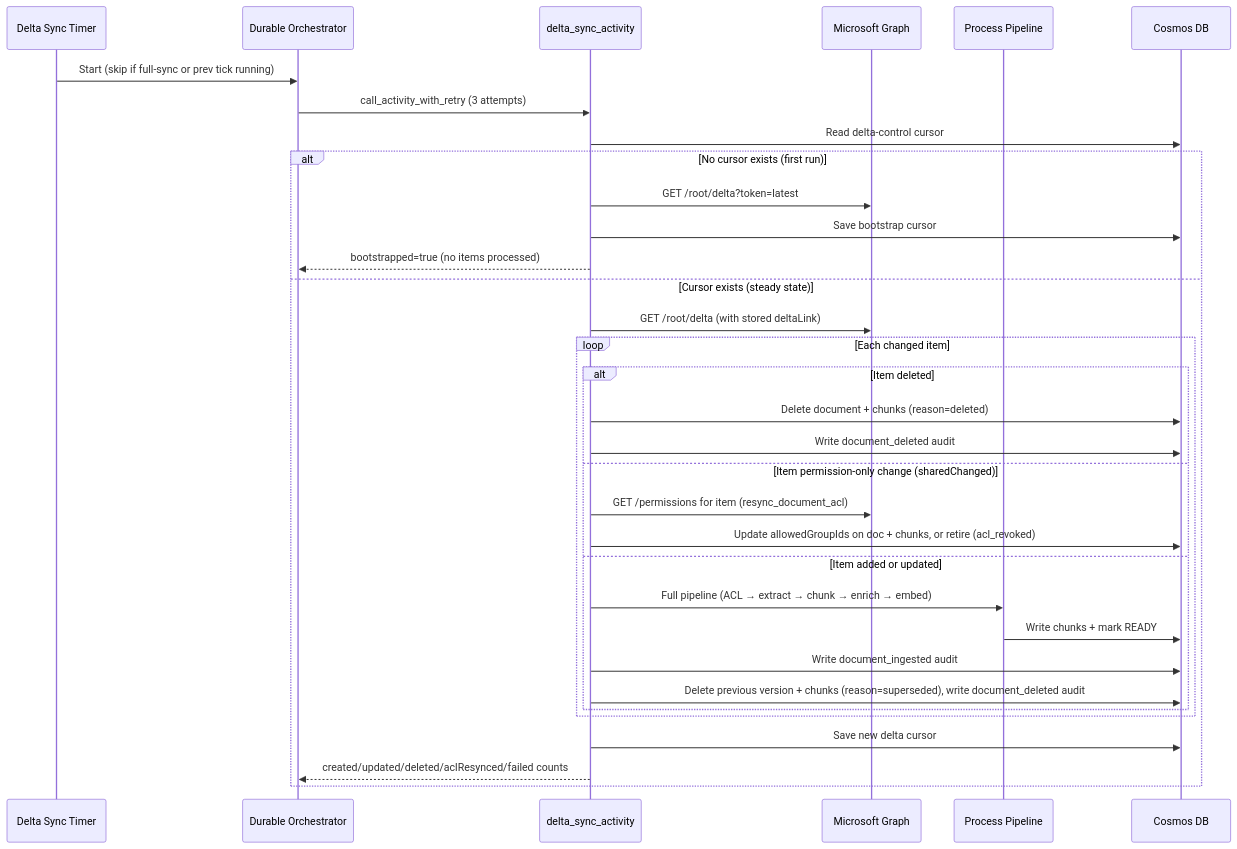
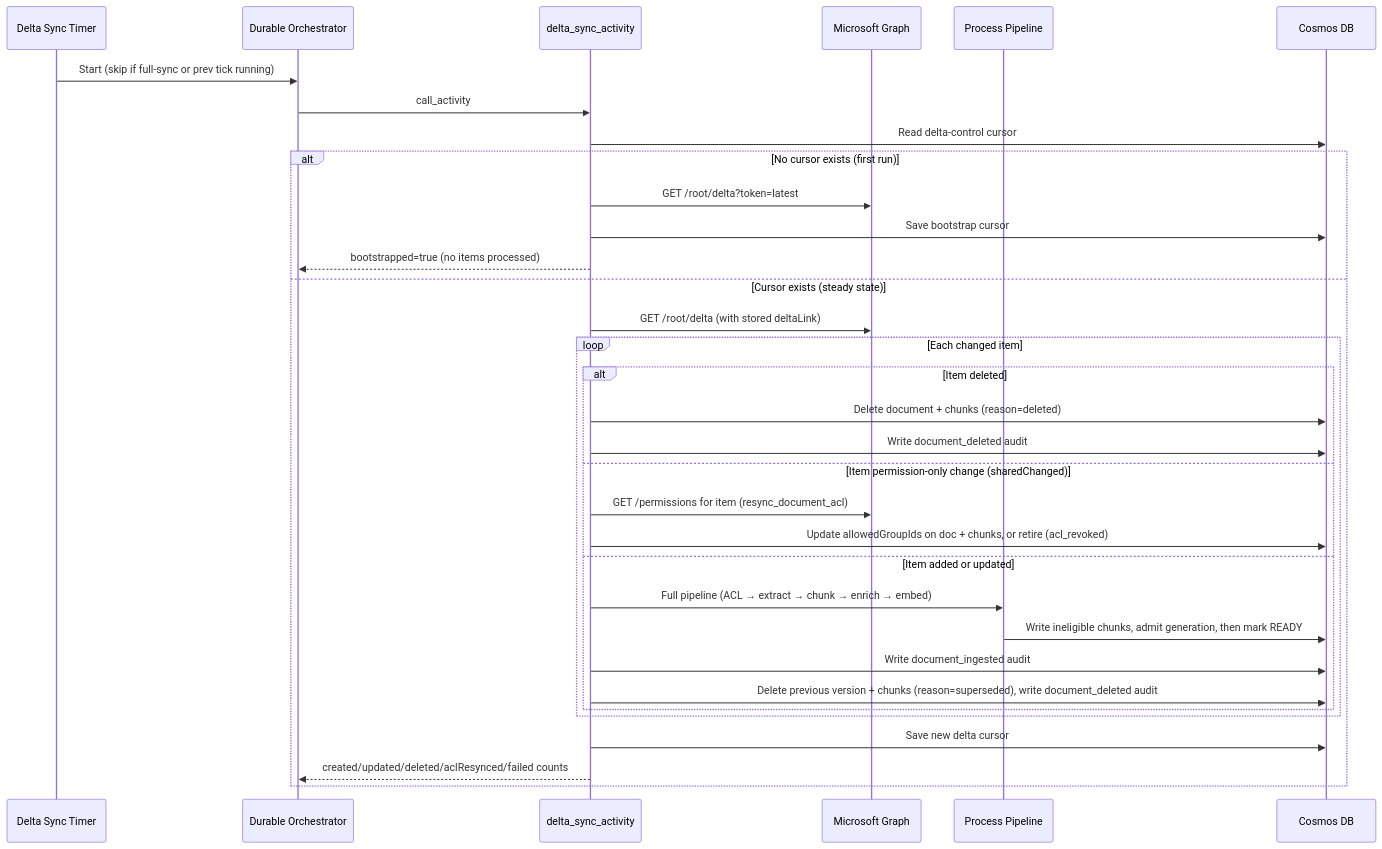
One commit to HariVamsiChittari/enterprise-rag-pipeline changed the third of 11 diagrams in docs/ARCHITECTURE.md. Above: the diagram before and after it, drawn with Mermaid. The commit also changed other lines of this file and 108 other files, not shown here.

````diff
--- a/docs/ARCHITECTURE.md
+++ b/docs/ARCHITECTURE.md
@@ -104,36 +110,36 @@
 ```mermaid
 sequenceDiagram
     participant Timer as Delta Sync Timer
     participant Orch as Durable Orchestrator
     participant Act as delta_sync_activity
     participant Graph as Microsoft Graph
     participant Pipeline as Process Pipeline
     participant Cosmos as Cosmos DB
 
     Timer->>Orch: Start (skip if full-sync or prev tick running)
-    Orch->>Act: call_activity_with_retry (3 attempts)
+    Orch->>Act: call_activity
     Act->>Cosmos: Read delta-control cursor
     alt No cursor exists (first run)
         Act->>Graph: GET /root/delta?token=latest
         Act->>Cosmos: Save bootstrap cursor
         Act-->>Orch: bootstrapped=true (no items processed)
     else Cursor exists (steady state)
         Act->>Graph: GET /root/delta (with stored deltaLink)
         loop Each changed item
             alt Item deleted
                 Act->>Cosmos: Delete document + chunks (reason=deleted)
                 Act->>Cosmos: Write document_deleted audit
             else Item permission-only change (sharedChanged)
                 Act->>Graph: GET /permissions for item (resync_document_acl)
                 Act->>Cosmos: Update allowedGroupIds on doc + chunks, or retire (acl_revoked)
             else Item added or updated
                 Act->>Pipeline: Full pipeline (ACL → extract → chunk → enrich → embed)
-                Pipeline->>Cosmos: Write chunks + mark READY
+                Pipeline->>Cosmos: Write ineligible chunks, admit generation, then mark READY
                 Act->>Cosmos: Write document_ingested audit
                 Act->>Cosmos: Delete previous version + chunks (reason=superseded), write document_deleted audit
             end
         end
         Act->>Cosmos: Save new delta cursor
         Act-->>Orch: created/updated/deleted/aclResynced/failed counts
     end
 ```
````
